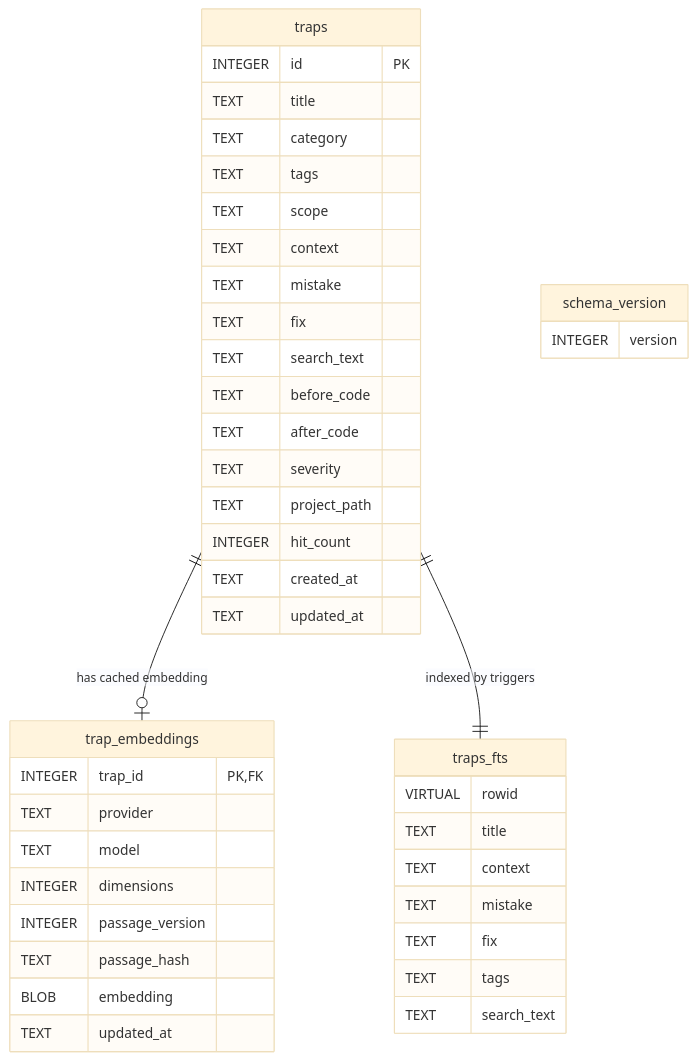
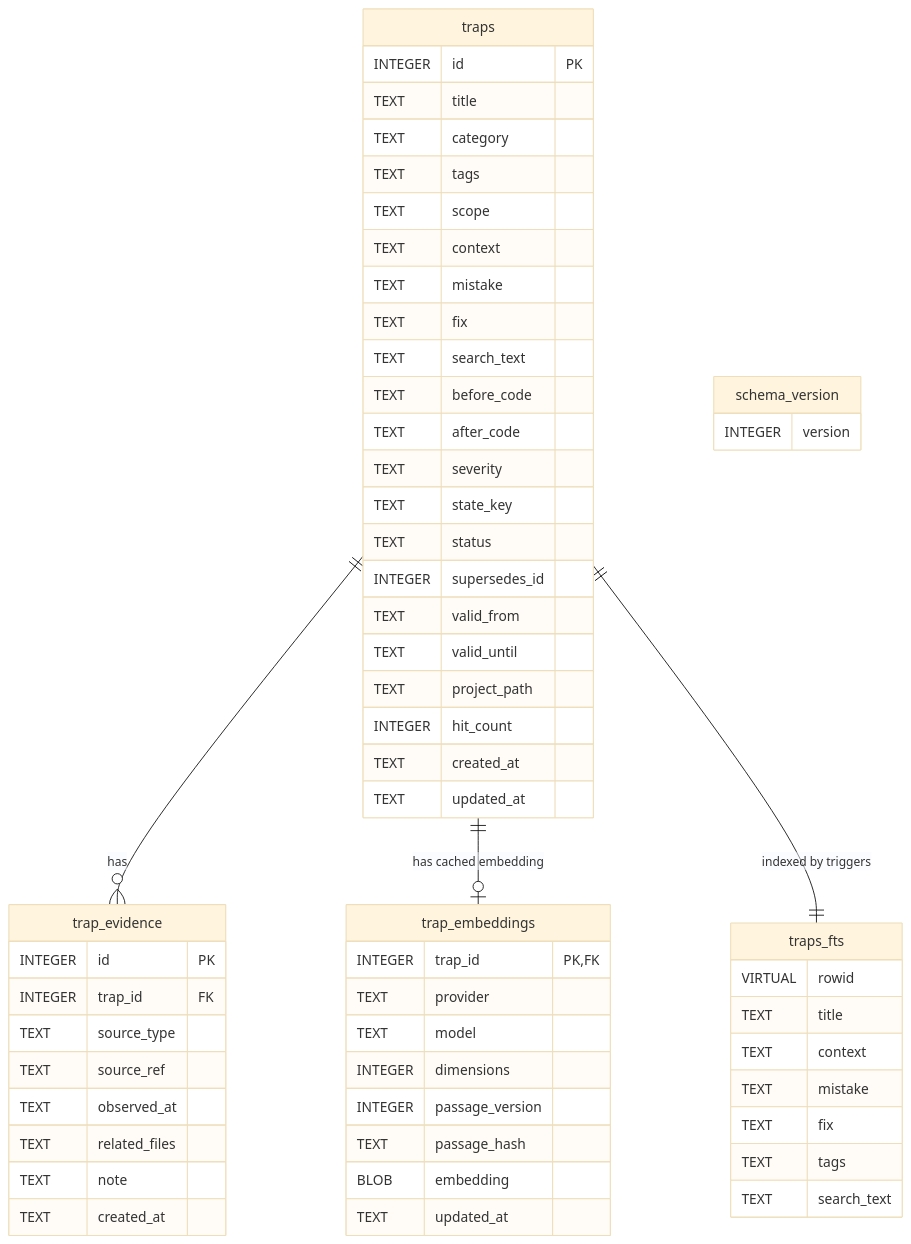
The third of 9 diagrams in docs/architecture.md (woertedetiankong/codetrap), drawn with Mermaid (base theme) before and after one commit. The commit also changed other lines of this file and 33 other files, not shown here.

Commit message:
Implement trap memory action card architecture

````diff
--- a/docs/architecture.md
+++ b/docs/architecture.md
@@ -133,49 +137,67 @@
 ```mermaid
 erDiagram
   traps {
     INTEGER id PK
     TEXT title
     TEXT category
     TEXT tags
     TEXT scope
     TEXT context
     TEXT mistake
     TEXT fix
     TEXT search_text
     TEXT before_code
     TEXT after_code
     TEXT severity
+    TEXT state_key
+    TEXT status
+    INTEGER supersedes_id
+    TEXT valid_from
+    TEXT valid_until
     TEXT project_path
     INTEGER hit_count
     TEXT created_at
     TEXT updated_at
   }
 
   traps_fts {
     VIRTUAL rowid
     TEXT title
     TEXT context
     TEXT mistake
     TEXT fix
     TEXT tags
     TEXT search_text
   }
 
   trap_embeddings {
     INTEGER trap_id PK,FK
     TEXT provider
     TEXT model
     INTEGER dimensions
     INTEGER passage_version
     TEXT passage_hash
     BLOB embedding
     TEXT updated_at
   }
 
+  trap_evidence {
+    INTEGER id PK
+    INTEGER trap_id FK
+    TEXT source_type
+    TEXT source_ref
+    TEXT observed_at
+    TEXT related_files
+    TEXT note
+    TEXT created_at
+  }
+
   schema_version {
     INTEGER version
   }
 
+  traps ||--o{ trap_evidence : has
+
   traps ||--o| trap_embeddings : "has cached embedding"
   traps ||--|| traps_fts : "indexed by triggers"
 ```
````
